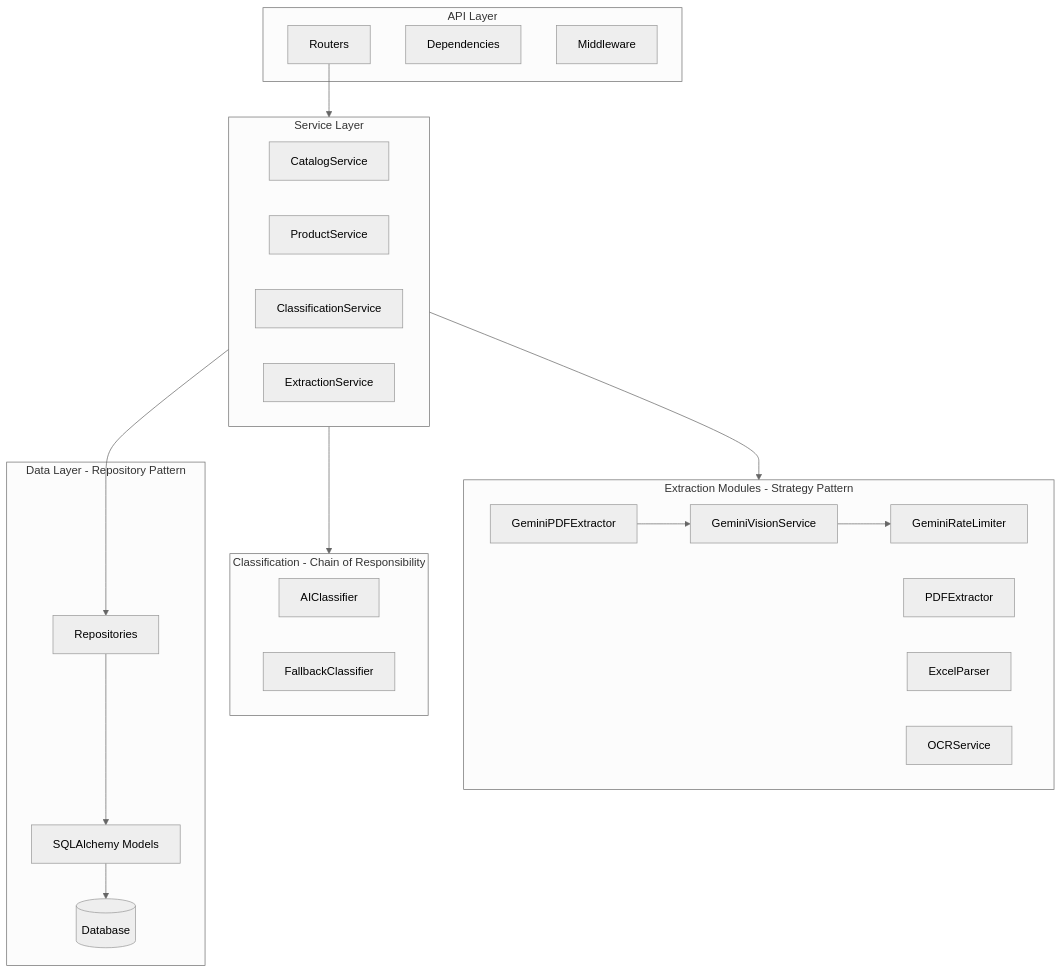
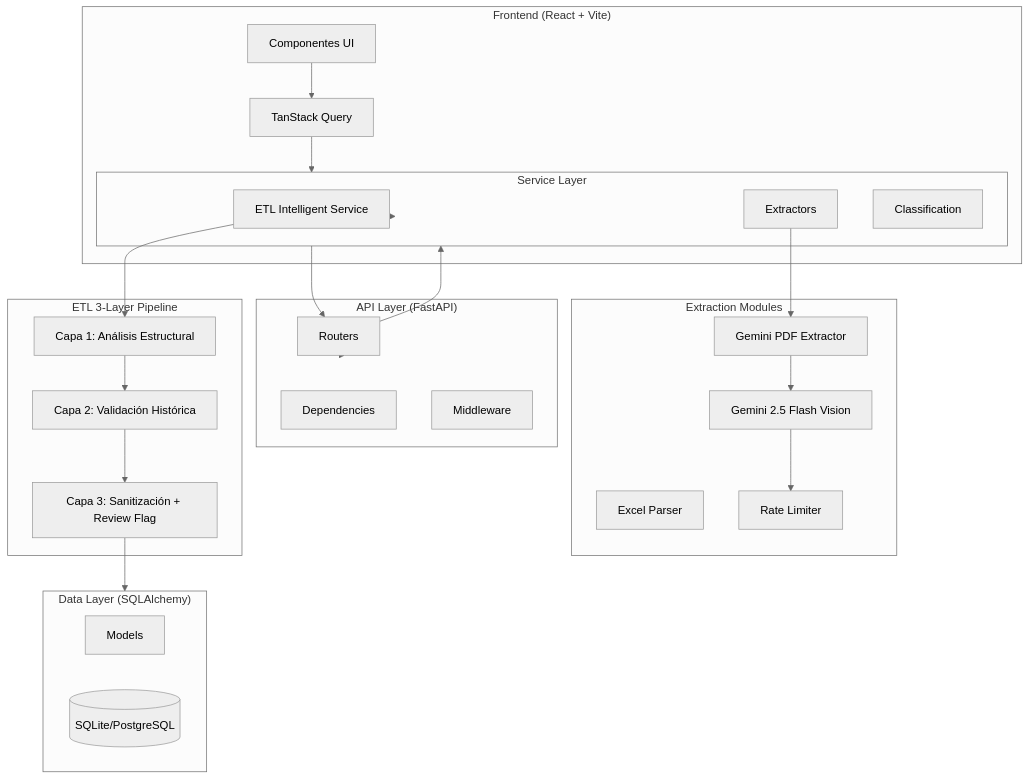
Before and after one commit to Miguel19x/IrisClassifier: the first of 3 diagrams in ARCHITECTURE.md, drawn with Mermaid (neutral theme). The commit also changed other lines of this file and 37 other files, not shown here.

Commit message:
feat: Implement core product listing management with ETL, Gemini extraction, and UI for upload, lists, and products. Refactor and Deep Clean

````diff
--- a/ARCHITECTURE.md
+++ b/ARCHITECTURE.md
@@ -9,44 +9,52 @@
 ```mermaid
 graph TB
-    subgraph API["API Layer"]
+    subgraph Frontend["Frontend (React + Vite)"]
+        UI[Componentes UI]
+        Queries[TanStack Query]
+        Services[API Services]
+    end
+    
+    subgraph API["API Layer (FastAPI)"]
         Router[Routers]
         Deps[Dependencies]
         Middleware[Middleware]
     end
     
     subgraph Services["Service Layer"]
-        CatalogService[CatalogService]
-        ProductService[ProductService]
-        ClassificationService[ClassificationService]
-        ExtractionService[ExtractionService]
+        ETLService[ETL Intelligent Service]
+        ExtractionService[Extractors]
+        ClassificationService[Classification]
     end
     
-    subgraph Extractors["Extraction Modules - Strategy Pattern"]
-        GeminiPDFExtractor[GeminiPDFExtractor]
-        GeminiVision[GeminiVisionService]
-        PDFExtractor[PDFExtractor]
-        ExcelParser[ExcelParser]
-        OCRService[OCRService]
-        RateLimiter[GeminiRateLimiter]
+    subgraph Extractors["Extraction Modules"]
+        GeminiPDF[Gemini PDF Extractor]
+        GeminiVision[Gemini 2.5 Flash Vision]
+        ExcelParser[Excel Parser]
+        RateLimiter[Rate Limiter]
     end
     
-    subgraph Classifiers["Classification - Chain of Responsibility"]
-        AIClassifier[AIClassifier]
-        FallbackClassifier[FallbackClassifier]
+    subgraph ETL["ETL 3-Layer Pipeline"]
+        Layer1[Capa 1: Análisis Estructural]
+        Layer2[Capa 2: Validación Histórica]
+        Layer3[Capa 3: Sanitización + Review Flag]
     end
     
-    subgraph Data["Data Layer - Repository Pattern"]
-        Repository[Repositories]
-        Models[SQLAlchemy Models]
-        DB[(Database)]
+    subgraph Data["Data Layer (SQLAlchemy)"]
+        Models[Models]
+        DB[(SQLite/PostgreSQL)]
     end
     
+    UI --> Queries
+    Queries --> Services
+    Services --> Router
+    Router --> API
     Router --> Services
-    Services --> Extractors
-    Services --> Classifiers
-    Services --> Repository
-    Repository --> Models
-    Models --> DB
-    GeminiPDFExtractor --> GeminiVision
+    Services --> ETLService
+    ETLService --> Layer1
+    Layer1 --> Layer2
+    Layer2 --> Layer3
+    Layer3 --> Data
+    ExtractionService --> GeminiPDF
+    GeminiPDF --> GeminiVision
     GeminiVision --> RateLimiter
 ```
````
